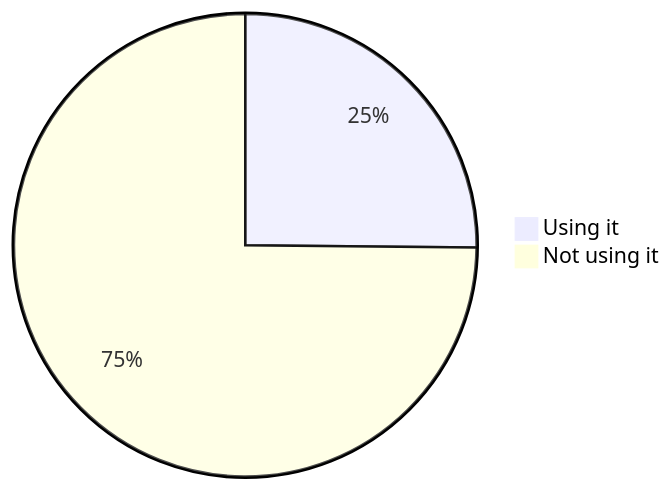
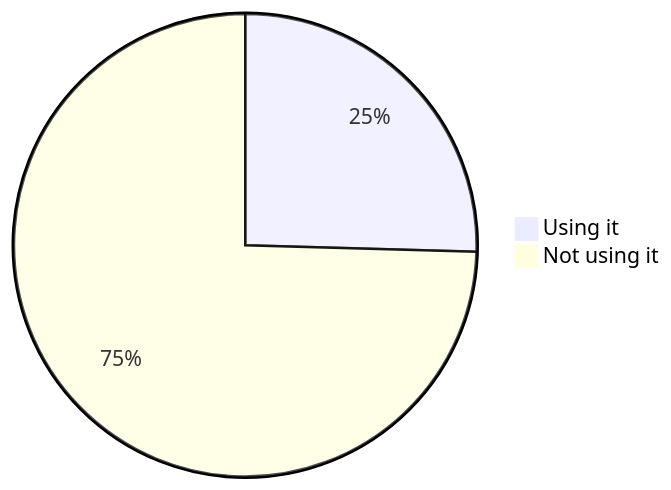
One commit to oshp/oshp-stats changed diagram 13 of 19 in stats.md. Above: the diagram before and after it, drawn with Mermaid. The commit also changed other lines of this file, not shown here.

````diff
--- a/stats.md
+++ b/stats.md
@@ -152,6 +152,6 @@
 ```mermaid
 pie
-	"Using it" : 25.15
-	"Not using it" : 74.85
+	"Using it" : 25.45
+	"Not using it" : 74.55
 
 ```
````
